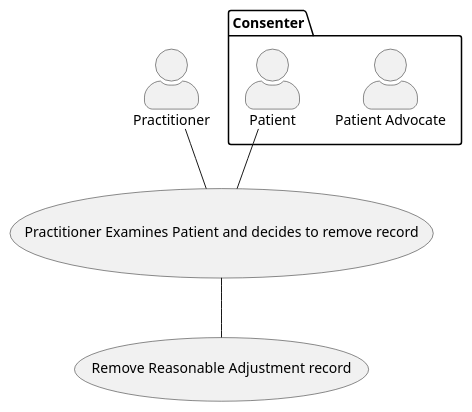
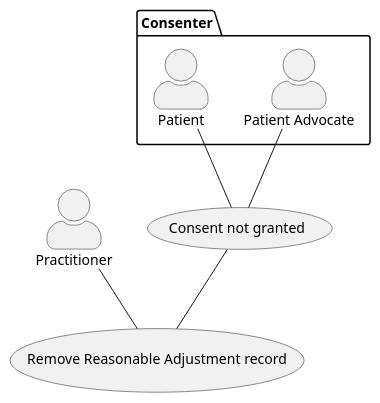
The diagram in input/images-source/remove-record-usecase.plantuml (NHSDigital/ra-sandbox), drawn with PlantUML before and after one commit.

```diff
--- a/input/images-source/remove-record-usecase.plantuml
+++ b/input/images-source/remove-record-usecase.plantuml
@@ -1,17 +1,20 @@
 @startuml
+
 skinparam actorStyle awesome
 
 actor Practitioner as pra
 package Consenter {
   actor "Patient Advocate" as pad
   actor Patient as pat
 }
 
-usecase "Practitioner Examines Patient and decides to remove record" as PEP
+usecase  "Consent not granted" as CNG
 usecase "Remove Reasonable Adjustment record" as RET
 
-pat -- PEP
-pra -- PEP
-PEP -- RET
+pat -- CNG
+pad -- CNG
+pra -- RET
+CNG -- RET
+
 
 @enduml
```
